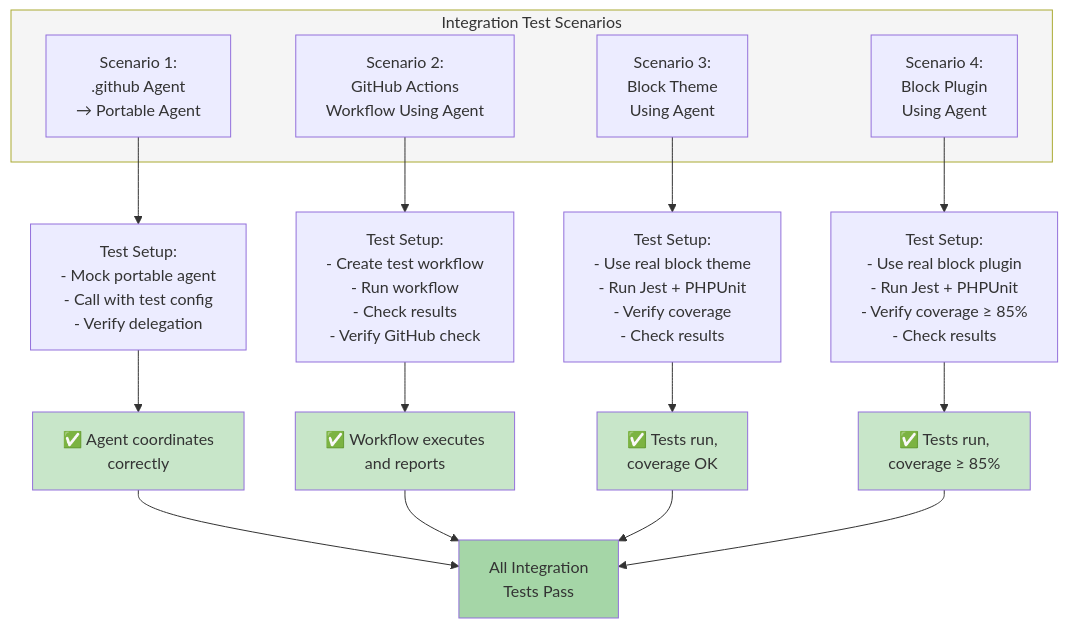
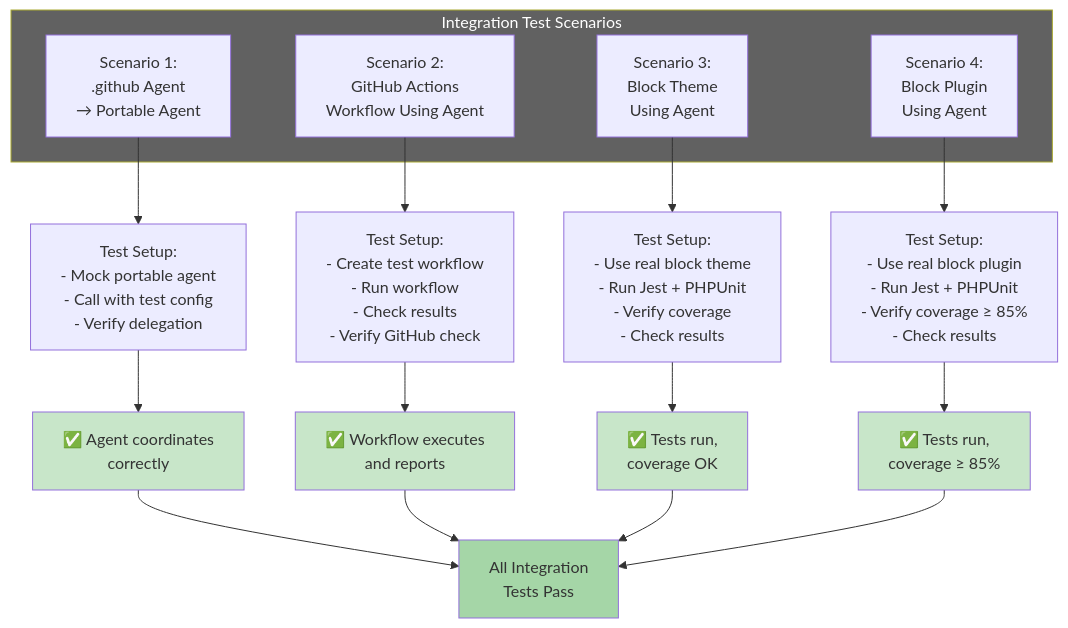
Before and after one commit to lightspeedwp/.github: the sixth of 8 diagrams in .github/projects/active/testing-agent-multi-framework-2026-08-12/ARCHITECTURE_DIAGRAMS.md, drawn with Mermaid. The commit also changed other lines of this file, not shown here.

Commit message:
fix: Update Mermaid diagram colors for WCAG contrast compliance

````diff
--- a/.github/projects/active/testing-agent-multi-framework-2026-08-12/ARCHITECTURE_DIAGRAMS.md
+++ b/.github/projects/active/testing-agent-multi-framework-2026-08-12/ARCHITECTURE_DIAGRAMS.md
@@ -289,34 +289,34 @@
 ```mermaid
 graph TB
     subgraph SCENARIOS["Integration Test Scenarios"]
         S1["Scenario 1:<br/>.github Agent<br/>→ Portable Agent"]
         S2["Scenario 2:<br/>GitHub Actions<br/>Workflow Using Agent"]
         S3["Scenario 3:<br/>Block Theme<br/>Using Agent"]
         S4["Scenario 4:<br/>Block Plugin<br/>Using Agent"]
     end
     
     S1 --> S1TEST["Test Setup:<br/>- Mock portable agent<br/>- Call with test config<br/>- Verify delegation"]
     
     S2 --> S2TEST["Test Setup:<br/>- Create test workflow<br/>- Run workflow<br/>- Check results<br/>- Verify GitHub check"]
     
     S3 --> S3TEST["Test Setup:<br/>- Use real block theme<br/>- Run Jest + PHPUnit<br/>- Verify coverage<br/>- Check results"]
     
     S4 --> S4TEST["Test Setup:<br/>- Use real block plugin<br/>- Run Jest + PHPUnit<br/>- Verify coverage ≥ 85%<br/>- Check results"]
     
     S1TEST --> RESULT1["✅ Agent coordinates<br/>correctly"]
     S2TEST --> RESULT2["✅ Workflow executes<br/>and reports"]
     S3TEST --> RESULT3["✅ Tests run,<br/>coverage OK"]
     S4TEST --> RESULT4["✅ Tests run,<br/>coverage ≥ 85%"]
     
     RESULT1 --> FINAL["All Integration<br/>Tests Pass"]
     RESULT2 --> FINAL
     RESULT3 --> FINAL
     RESULT4 --> FINAL
     
-    style SCENARIOS fill:#f5f5f5
+    style SCENARIOS fill:#616161,color:#fff
     style RESULT1 fill:#c8e6c9
     style RESULT2 fill:#c8e6c9
     style RESULT3 fill:#c8e6c9
     style RESULT4 fill:#c8e6c9
     style FINAL fill:#a5d6a7
 ```
````
